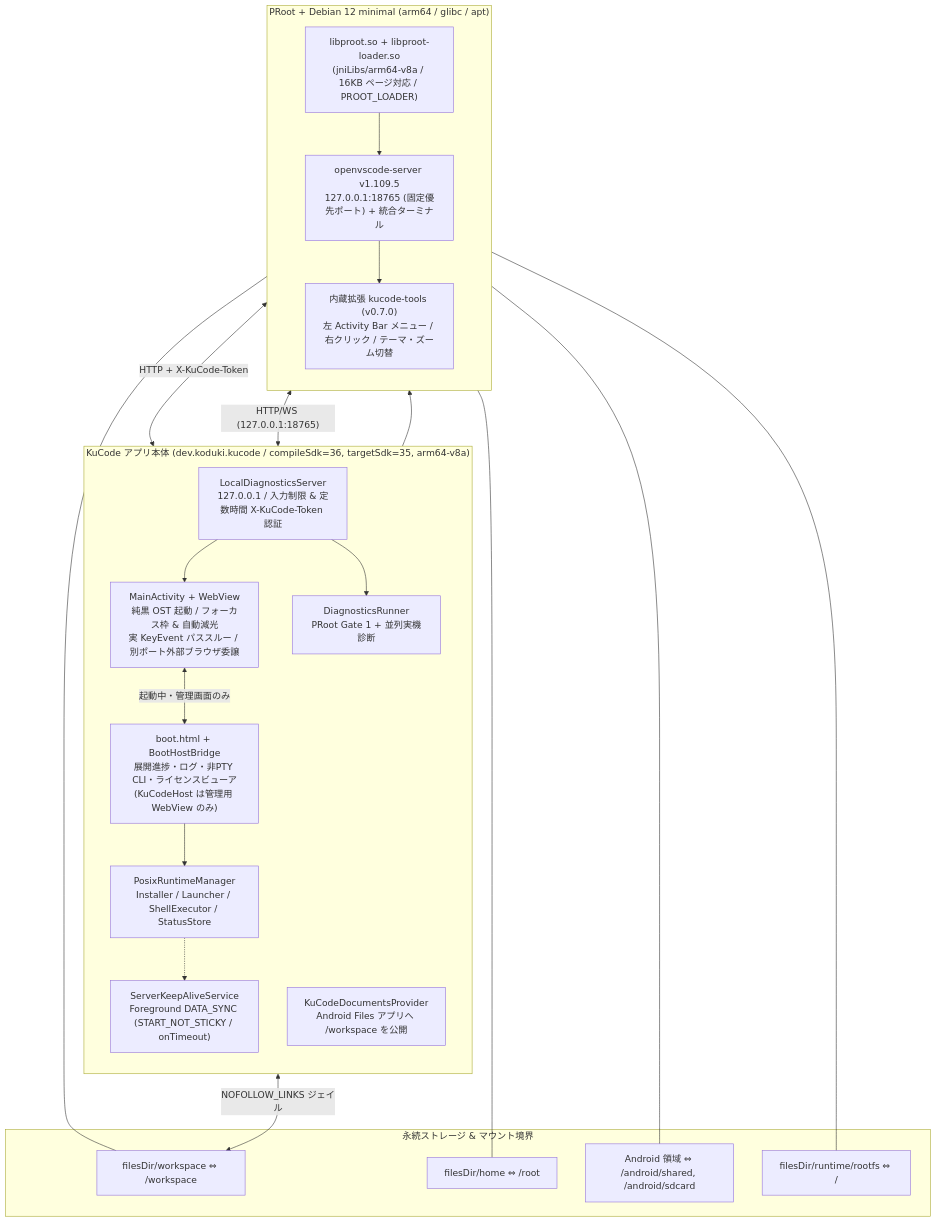
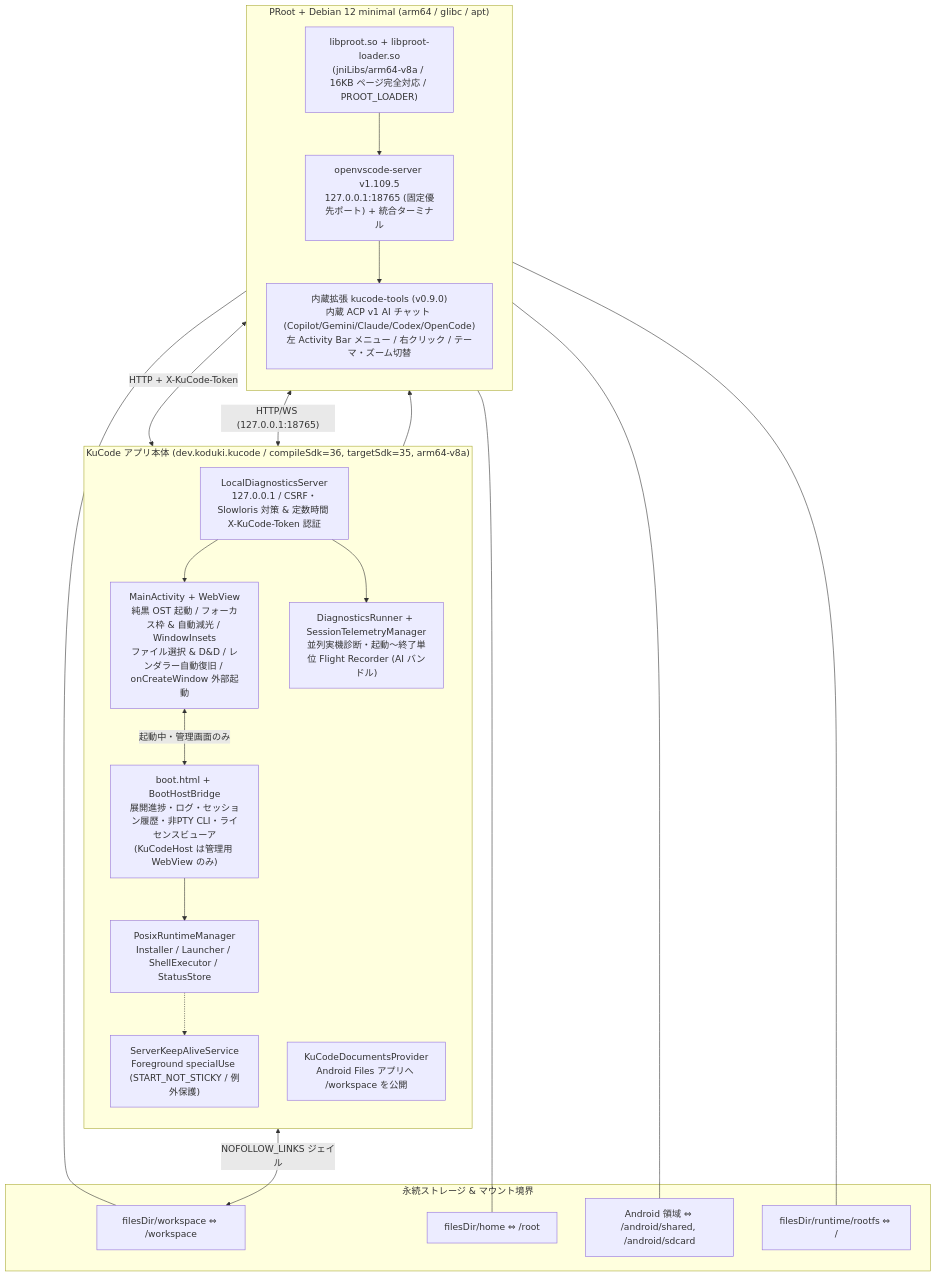
Before and after one commit to koduki/3d-editor: the diagram in README.md, drawn with Mermaid. The commit also changed other lines of this file and 46 other files, not shown here.

````diff
--- a/README.md
+++ b/README.md
@@ -84,43 +91,43 @@
 ```mermaid
 flowchart TB
     subgraph AndroidXR["KuCode アプリ本体 (dev.koduki.kucode / compileSdk=36, targetSdk=35, arm64-v8a)"]
         direction TB
-        MA["MainActivity + WebView<br/>純黒 OST 起動 / フォーカス枠 & 自動減光<br/>実 KeyEvent パススルー / 別ポート外部ブラウザ委譲"]
-        BOOT["boot.html + BootHostBridge<br/>展開進捗・ログ・非PTY CLI・ライセンスビューア<br/>(KuCodeHost は管理用 WebView のみ)"]
-        ADMIN["LocalDiagnosticsServer<br/>127.0.0.1 / 入力制限 & 定数時間 X-KuCode-Token 認証"]
-        DIAG["DiagnosticsRunner<br/>PRoot Gate 1 + 並列実機診断"]
+        MA["MainActivity + WebView<br/>純黒 OST 起動 / フォーカス枠 & 自動減光 / WindowInsets<br/>ファイル選択 & D&D / レンダラー自動復旧 / onCreateWindow 外部起動"]
+        BOOT["boot.html + BootHostBridge<br/>展開進捗・ログ・セッション履歴・非PTY CLI・ライセンスビューア<br/>(KuCodeHost は管理用 WebView のみ)"]
+        ADMIN["LocalDiagnosticsServer<br/>127.0.0.1 / CSRF・Slowloris 対策 & 定数時間 X-KuCode-Token 認証"]
+        DIAG["DiagnosticsRunner + SessionTelemetryManager<br/>並列実機診断・起動〜終了単位 Flight Recorder (AI バンドル)"]
         DOC["KuCodeDocumentsProvider<br/>Android Files アプリへ /workspace を公開"]
-        FGS["ServerKeepAliveService<br/>Foreground DATA_SYNC (START_NOT_STICKY / onTimeout)"]
+        FGS["ServerKeepAliveService<br/>Foreground specialUse (START_NOT_STICKY / 例外保護)"]
         PRM["PosixRuntimeManager<br/>Installer / Launcher / ShellExecutor / StatusStore"]
     end
 
     subgraph Guest["PRoot + Debian 12 minimal (arm64 / glibc / apt)"]
         direction TB
-        PROOT["libproot.so + libproot-loader.so<br/>(jniLibs/arm64-v8a / 16KB ページ対応 / PROOT_LOADER)"]
+        PROOT["libproot.so + libproot-loader.so<br/>(jniLibs/arm64-v8a / 16KB ページ完全対応 / PROOT_LOADER)"]
         VSC["openvscode-server v1.109.5<br/>127.0.0.1:18765 (固定優先ポート) + 統合ターミナル"]
-        EXT["内蔵拡張 kucode-tools (v0.7.0)<br/>左 Activity Bar メニュー / 右クリック / テーマ・ズーム切替"]
+        EXT["内蔵拡張 kucode-tools (v0.9.0)<br/>内蔵 ACP v1 AI チャット (Copilot/Gemini/Claude/Codex/OpenCode)<br/>左 Activity Bar メニュー / 右クリック / テーマ・ズーム切替"]
     end
 
     subgraph Storage["永続ストレージ & マウント境界"]
         WS["filesDir/workspace ⇔ /workspace"]
         HOME["filesDir/home ⇔ /root"]
         AND["Android 領域 ⇔ /android/shared, /android/sdcard"]
         ROOTFS["filesDir/runtime/rootfs ⇔ /"]
     end
 
     MA <-->|"HTTP/WS (127.0.0.1:18765)"| VSC
     MA <-->|"起動中・管理画面のみ"| BOOT
     BOOT --> PRM
     EXT <-->|"HTTP + X-KuCode-Token"| ADMIN
     ADMIN --> DIAG
     ADMIN --> MA
     PRM --> PROOT
     PROOT --> VSC
     VSC --> EXT
     PRM -.-> FGS
     DOC <-->|"NOFOLLOW_LINKS ジェイル"| WS
     PROOT --- WS
     PROOT --- HOME
     PROOT --- AND
     PROOT --- ROOTFS
 ```
````
